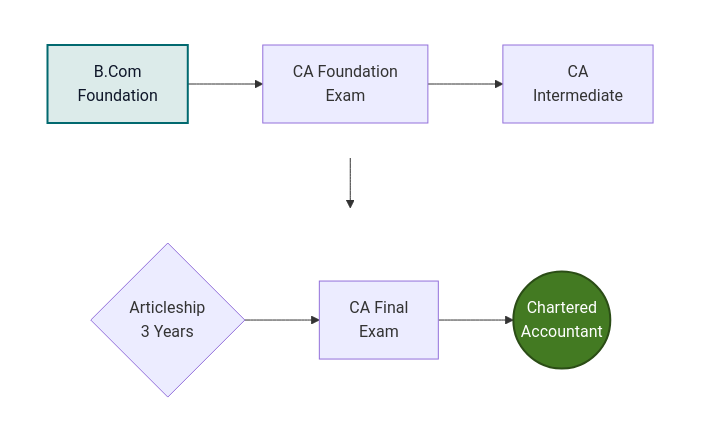
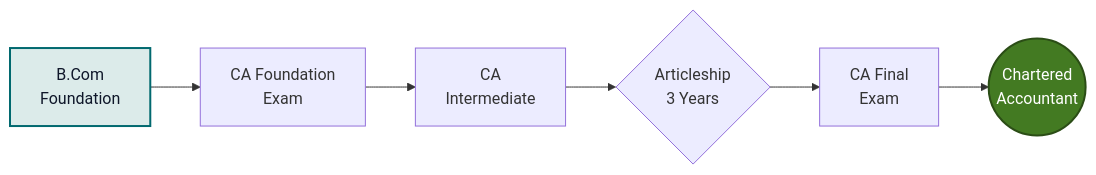
Before and after one commit to the-career-breweries/tcb-soft-skills: the first of 3 diagrams in curriculum-app/src/content/lessons/ug/bcom/sem5/week17.md, drawn with Mermaid. The commit also changed other lines of this file, not shown here.

Commit message:
fix: revert roadmaps to single row to fix mermaid arrow bug, rely on text wrapping for magnification

````diff
--- a/curriculum-app/src/content/lessons/ug/bcom/sem5/week17.md
+++ b/curriculum-app/src/content/lessons/ug/bcom/sem5/week17.md
@@ -24,21 +24,7 @@
 ```mermaid
-flowchart TB
-    subgraph Row1 [" "]
-        direction LR
-        A[B.Com<br/>Foundation] --> B[CA Foundation<br/>Exam]
-        B --> C[CA<br/>Intermediate]
-    end
+flowchart LR
+    A[B.Com<br/>Foundation] --> B[CA Foundation<br/>Exam] --> C[CA<br/>Intermediate] --> D{Articleship<br/>3 Years} --> E[CA Final<br/>Exam] --> F((Chartered<br/>Accountant))
     
-    subgraph Row2 [" "]
-        direction LR
-        D{Articleship<br/>3 Years} --> E[CA Final<br/>Exam]
-        E --> F((Chartered<br/>Accountant))
-    end
-    
-    C --> D
-    
-    style Row1 fill:none,stroke:none,color:none
-    style Row2 fill:none,stroke:none,color:none
     style A fill:#dcebea,stroke:#01696f,stroke-width:2px,color:#0f172a
     style F fill:#437a22,stroke:#2b4d16,stroke-width:2px,color:#fff
 ```
````
